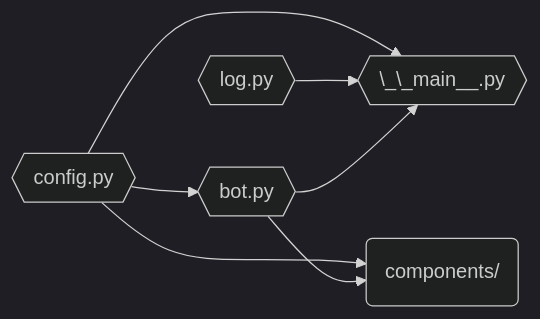
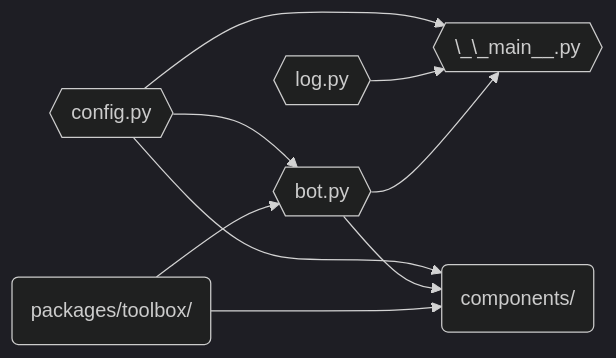
One commit to ghostty-org/discord-bot changed the diagram in README.md. Above: the diagram before and after it, drawn with Mermaid (dark theme). The commit also changed other lines of this file, not shown here.

````diff
--- a/README.md
+++ b/README.md
@@ -282,10 +286,12 @@
 ```mermaid
 flowchart LR;
 
 config{{config.py}} --> bot{{bot.py}}
 config --> components(components/)
 config --> main{{\_\_main__.py}}
 log{{log.py}} --> main
 bot --> main
 bot --> components
+toolbox(packages/toolbox/) --> bot
+toolbox --> components
 ```
````
